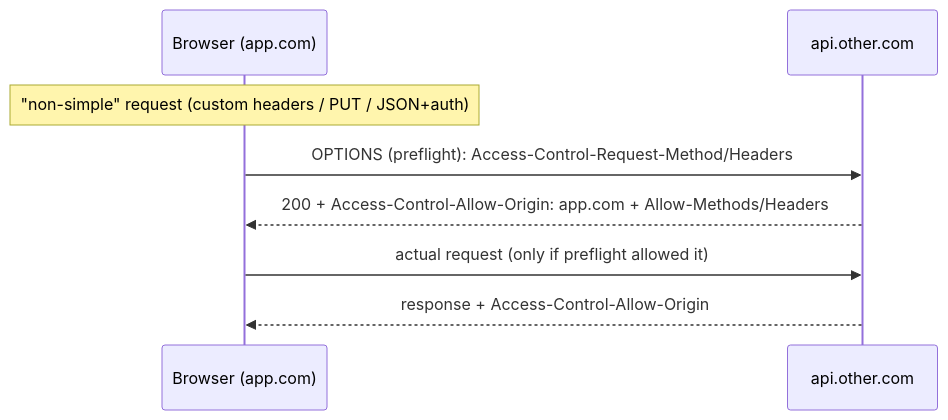
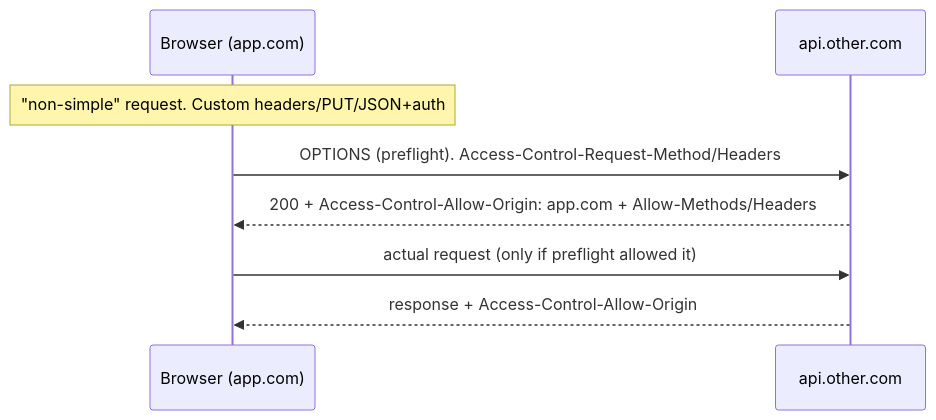
The third of 3 diagrams in packages/content/content/13-networking-http.mdx (ashishxcode/frontend-internals), drawn with Mermaid before and after one commit. The commit also changed other lines of this file and 29 other files, not shown here.

Commit message:
rewrite: roadmap engineer-to-engineer + all 34 chapters new spec

````diff
--- a/packages/content/content/13-networking-http.mdx
+++ b/packages/content/content/13-networking-http.mdx
@@ -129,10 +61,10 @@
 ```mermaid
 sequenceDiagram
   participant B as Browser (app.com)
   participant S as api.other.com
-  Note over B: "non-simple" request (custom headers / PUT / JSON+auth)
-  B->>S: OPTIONS (preflight): Access-Control-Request-Method/Headers
+  Note over B: "non-simple" request. Custom headers/PUT/JSON+auth
+  B->>S: OPTIONS (preflight). Access-Control-Request-Method/Headers
   S-->>B: 200 + Access-Control-Allow-Origin: app.com + Allow-Methods/Headers
   B->>S: actual request (only if preflight allowed it)
   S-->>B: response + Access-Control-Allow-Origin
 ```
````
